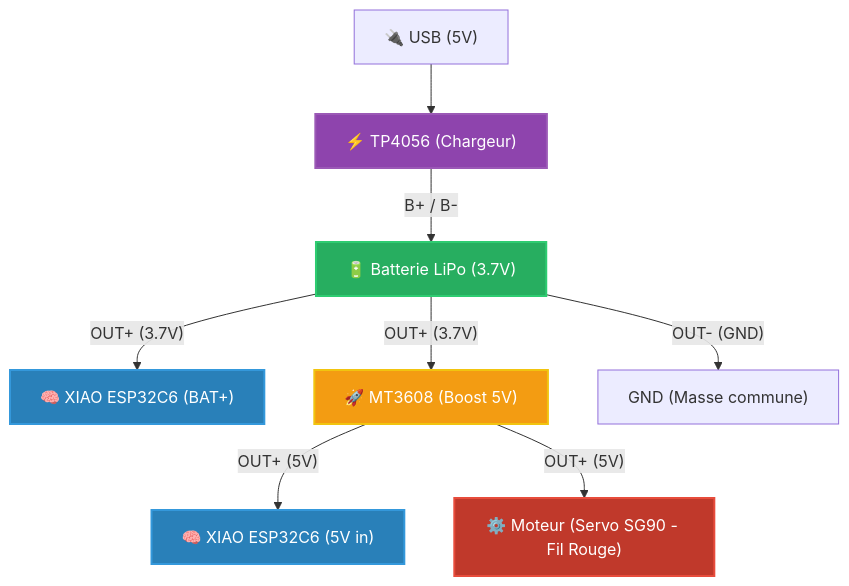
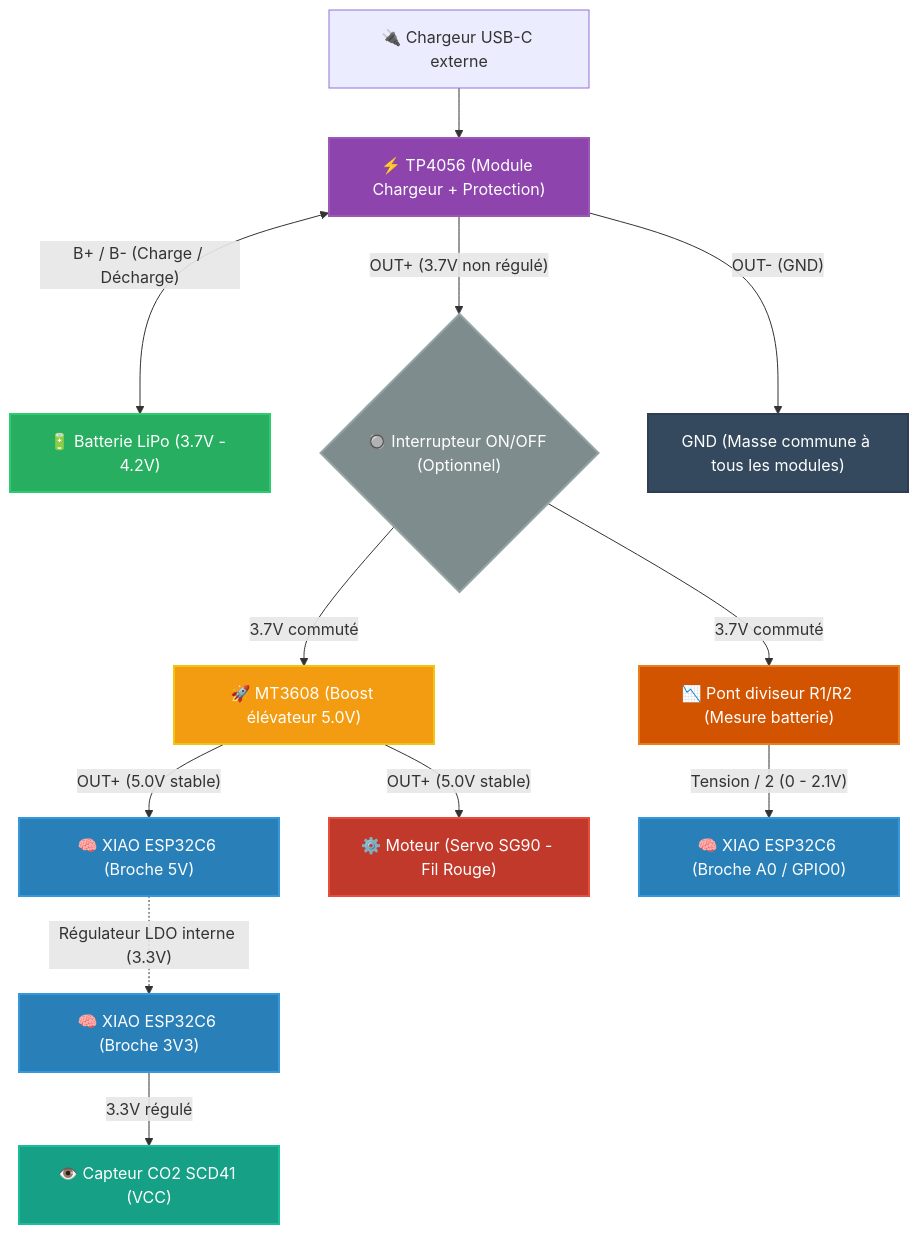
One commit to Fullann/Birdie-Canari changed the first of 3 diagrams in README.md. Above: the diagram before and after it, drawn with Mermaid. The commit also changed other lines of this file and 13 other files, not shown here.

````diff
--- a/README.md
+++ b/README.md
@@ -49,20 +58,32 @@
 ```mermaid
 flowchart TD
     %% No HTML tags in labels, quote if special characters
-    USB["🔌 USB (5V)"] --> TP4056["⚡ TP4056 (Chargeur)"]
-    TP4056 -- "B+ / B-" --> LIPO["🔋 Batterie LiPo (3.7V)"]
+    USB["🔌 Chargeur USB-C externe"] --> TP4056["⚡ TP4056 (Module Chargeur + Protection)"]
+    TP4056 <-->|"B+ / B- (Charge / Décharge)"| LIPO["🔋 Batterie LiPo (3.7V - 4.2V)"]
     
-    LIPO -- "OUT+ (3.7V)" --> XIAO_BAT["🧠 XIAO ESP32C6 (BAT+)"]
-    LIPO -- "OUT+ (3.7V)" --> MT3608["🚀 MT3608 (Boost 5V)"]
-    LIPO -- "OUT- (GND)" --> GND["GND (Masse commune)"]
+    TP4056 -->|"OUT+ (3.7V non régulé)"| SW{"🔘 Interrupteur ON/OFF (Optionnel)"}
+    SW -->|"3.7V commuté"| MT3608["🚀 MT3608 (Boost élévateur 5.0V)"]
+    SW -->|"3.7V commuté"| DIV["📉 Pont diviseur R1/R2 (Mesure batterie)"]
     
-    MT3608 -- "OUT+ (5V)" --> XIAO_5V["🧠 XIAO ESP32C6 (5V in)"]
-    MT3608 -- "OUT+ (5V)" --> SERVO_VCC["⚙️ Moteur (Servo SG90 - Fil Rouge)"]
+    TP4056 -->|"OUT- (GND)"| GND["GND (Masse commune à tous les modules)"]
+    
+    MT3608 -->|"OUT+ (5.0V stable)"| XIAO_5V["🧠 XIAO ESP32C6 (Broche 5V)"]
+    MT3608 -->|"OUT+ (5.0V stable)"| SERVO_VCC["⚙️ Moteur (Servo SG90 - Fil Rouge)"]
+    
+    XIAO_5V -.->|"Régulateur LDO interne (3.3V)"| XIAO_3V3["🧠 XIAO ESP32C6 (Broche 3V3)"]
+    XIAO_3V3 -->|"3.3V régulé"| SCD41_VCC["👁️ Capteur CO2 SCD41 (VCC)"]
+    
+    DIV -->|"Tension / 2 (0 - 2.1V)"| XIAO_A0["🧠 XIAO ESP32C6 (Broche A0 / GPIO0)"]
     
     style TP4056 fill:#8e44ad,stroke:#9b59b6,stroke-width:2px,color:#fff
     style LIPO fill:#27ae60,stroke:#2ecc71,stroke-width:2px,color:#fff
+    style SW fill:#7f8c8d,stroke:#95a5a6,stroke-width:2px,color:#fff
     style MT3608 fill:#f39c12,stroke:#f1c40f,stroke-width:2px,color:#fff
-    style XIAO_BAT fill:#2980b9,stroke:#3498db,stroke-width:2px,color:#fff
     style XIAO_5V fill:#2980b9,stroke:#3498db,stroke-width:2px,color:#fff
+    style XIAO_3V3 fill:#2980b9,stroke:#3498db,stroke-width:2px,color:#fff
+    style XIAO_A0 fill:#2980b9,stroke:#3498db,stroke-width:2px,color:#fff
     style SERVO_VCC fill:#c0392b,stroke:#e74c3c,stroke-width:2px,color:#fff
+    style SCD41_VCC fill:#16a085,stroke:#1abc9c,stroke-width:2px,color:#fff
+    style DIV fill:#d35400,stroke:#e67e22,stroke-width:2px,color:#fff
+    style GND fill:#34495e,stroke:#2c3e50,stroke-width:2px,color:#fff
 ```
````
